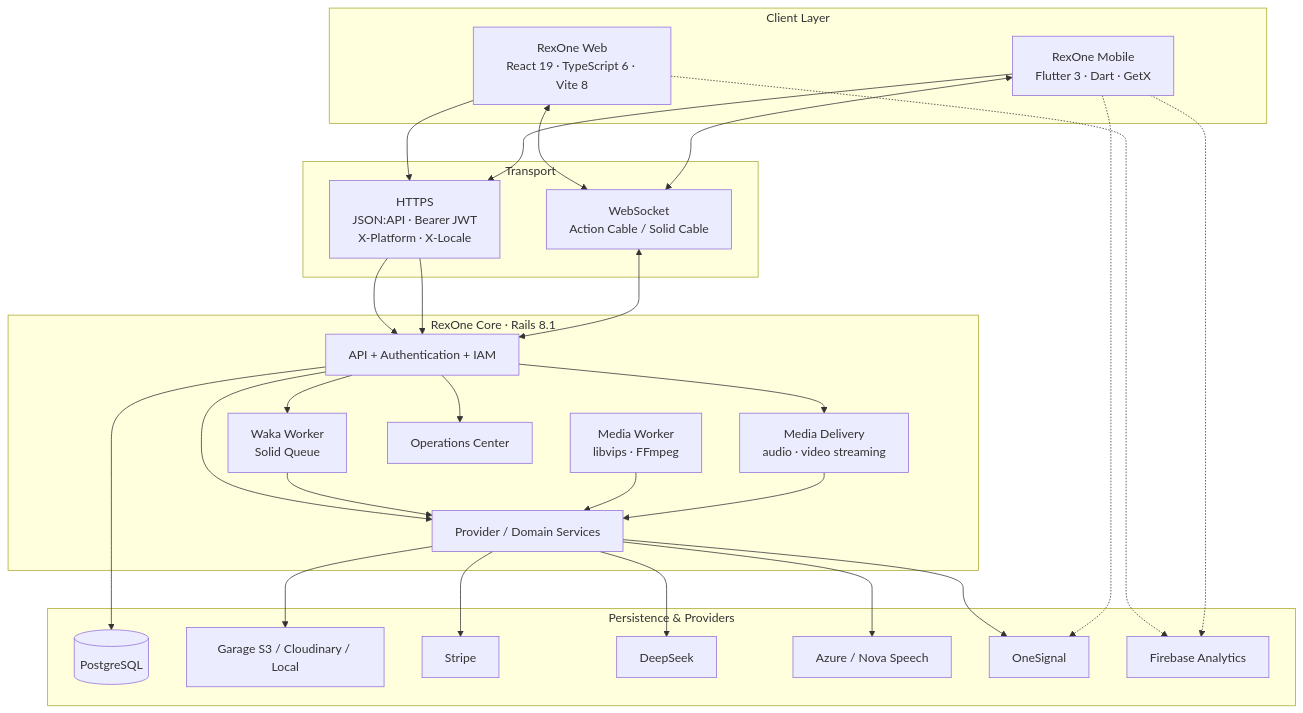
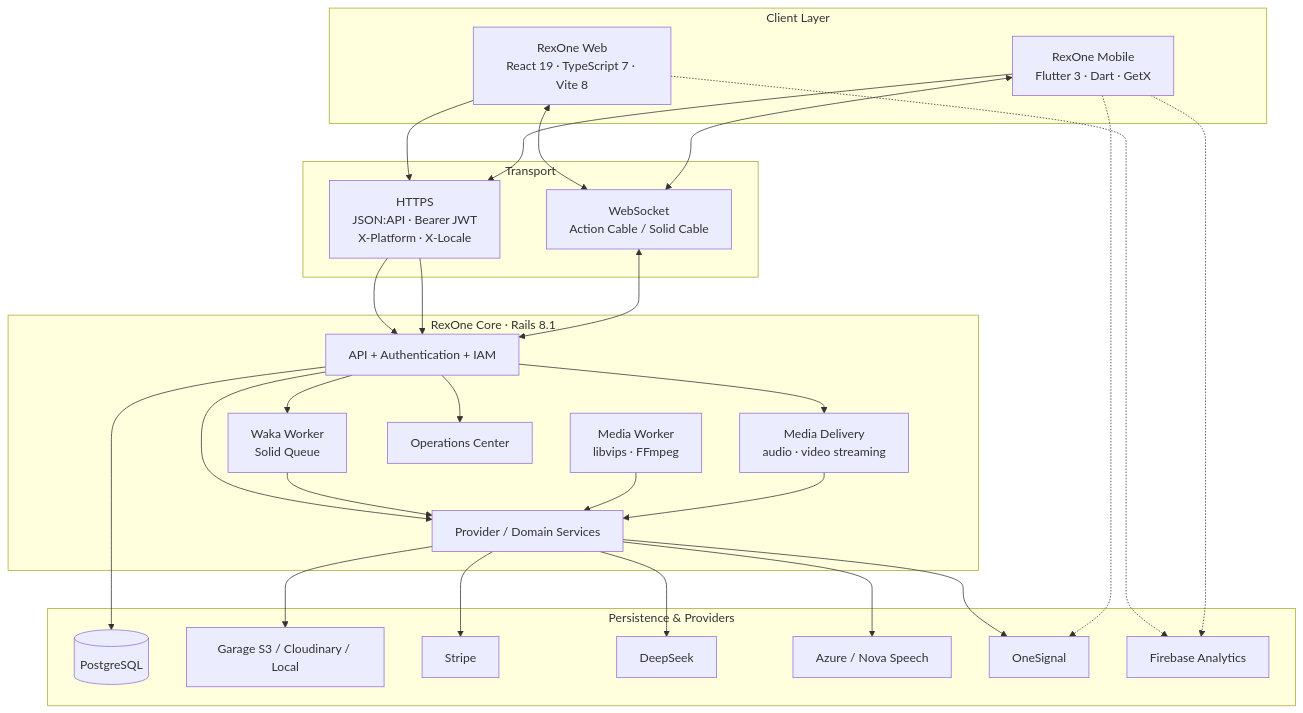
One commit to rex-9/rexone-core changed the first of 7 diagrams in docs/VISUAL_WALKTHROUGH.md. Above: the diagram before and after it, drawn with Mermaid. The commit also changed other lines of this file and 1 other file, not shown here.

````diff
--- a/docs/VISUAL_WALKTHROUGH.md
+++ b/docs/VISUAL_WALKTHROUGH.md
@@ -95,52 +95,52 @@
 ```mermaid
 flowchart TB
     subgraph Clients["Client Layer"]
-        Web["RexOne Web<br/>React 19 · TypeScript 6 · Vite 8"]
+        Web["RexOne Web<br/>React 19 · TypeScript 7 · Vite 8"]
         Mobile["RexOne Mobile<br/>Flutter 3 · Dart · GetX"]
     end
 
     subgraph Transport["Transport"]
         HTTPS["HTTPS<br/>JSON:API · Bearer JWT<br/>X-Platform · X-Locale"]
         WSS["WebSocket<br/>Action Cable / Solid Cable"]
     end
 
     subgraph Core["RexOne Core · Rails 8.1"]
         API["API + Authentication + IAM"]
         Services["Provider / Domain Services"]
         Waka["Waka Worker<br/>Solid Queue"]
         Media["Media Worker<br/>libvips · FFmpeg"]
         Delivery["Media Delivery<br/>audio · video streaming"]
         Ops["Operations Center"]
     end
 
     subgraph Data["Persistence & Providers"]
         PG[("PostgreSQL")]
         Garage["Garage S3 / Cloudinary / Local"]
         Stripe["Stripe"]
         DeepSeek["DeepSeek"]
         Speech["Azure / Nova Speech"]
         OneSignal["OneSignal"]
         Firebase["Firebase Analytics"]
     end
 
     Web --> HTTPS --> API
     Mobile --> HTTPS --> API
     Web <--> WSS <--> API
     Mobile <--> WSS
     API --> PG
     API --> Services
     API --> Delivery
     API --> Waka
     Waka --> Services
     Media --> Services
     Delivery --> Services
     Services --> Stripe
     Services --> Garage
     Services --> DeepSeek
     Services --> Speech
     Services --> OneSignal
     Web -.-> Firebase
     Mobile -.-> Firebase
     Mobile -.-> OneSignal
     API --> Ops
 ```
````
